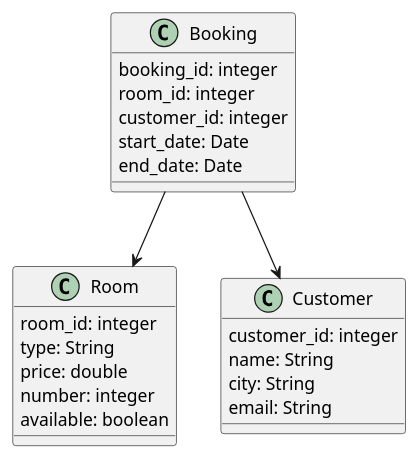
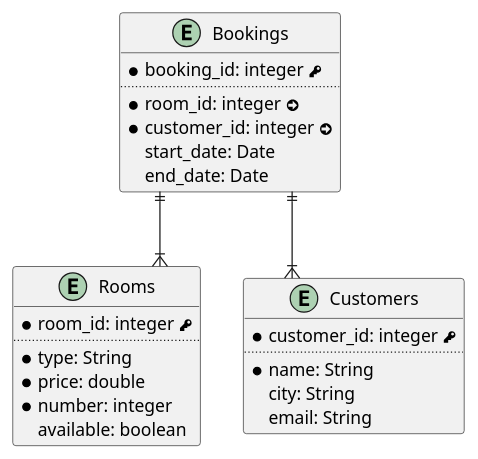
One commit to Basta-Gruppen-Java-2025-kurs/hotelDB changed the diagram in models/database.puml. Above: the diagram before and after it, drawn with PlantUML.

Commit message:
* UML for database updated

```diff
--- a/models/database.puml
+++ b/models/database.puml
@@ -1,30 +1,35 @@
 @startuml
-'https://plantuml.com/class-diagram
+'https://plantuml.com/ie-diagram
 
-class Room {
-room_id: integer
-type: String
-price: double
-number: integer
+skinparam linetype ortho
+
+entity Rooms {
+* room_id: integer <&key>
+..
+* type: String
+* price: double
+* number: integer
 available: boolean
 }
 
-class Customer {
-customer_id: integer
-name: String
+entity Customers {
+* customer_id: integer <&key>
+..
+* name: String
 city: String
 email: String
 }
 
-class Booking {
-booking_id: integer
-room_id: integer
-customer_id: integer
+entity Bookings {
+* booking_id: integer <&key>
+..
+* room_id: integer <&arrow-circle-right>
+* customer_id: integer <&arrow-circle-right>
 start_date: Date
 end_date: Date
 }
 
-Booking --> Room
-Booking --> Customer
+Bookings ||--|{ Rooms
+Bookings ||--|{ Customers
 
 @enduml
```
